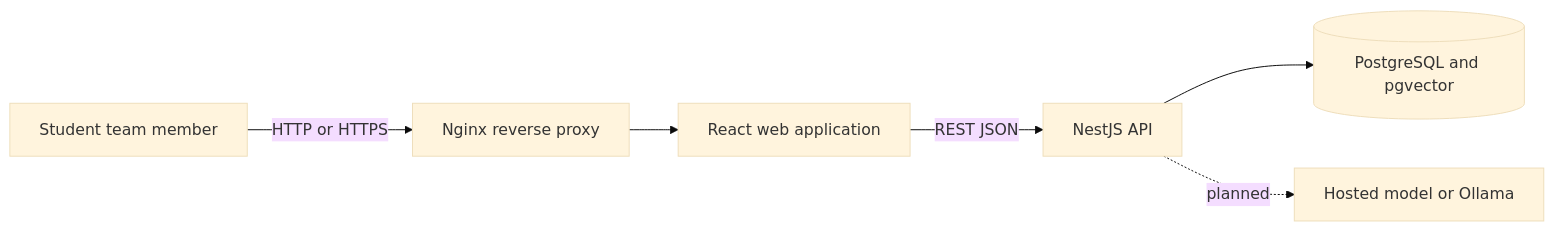
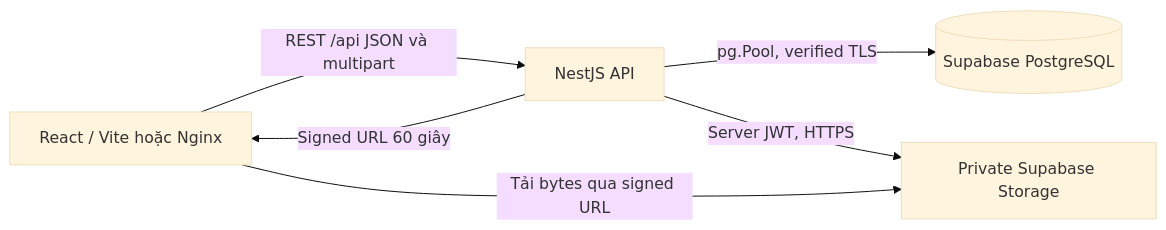
Before and after one commit to franz08hmt/New-Tech: the first of 2 diagrams in docs/architecture.md, drawn with Mermaid (base theme). The commit also changed other lines of this file and 92 other files, not shown here.

````diff
--- a/docs/architecture.md
+++ b/docs/architecture.md
@@ -11,8 +5,8 @@
 ```mermaid
 flowchart LR
-    User[Student team member] -->|HTTP or HTTPS| Proxy[Nginx reverse proxy]
-    Proxy --> Web[React web application]
-    Web -->|REST JSON| API[NestJS API]
-    API --> DB[(PostgreSQL and pgvector)]
-    API -. planned .-> Model[Hosted model or Ollama]
+  Browser[React / Vite hoặc Nginx] -->|REST /api JSON và multipart| API[NestJS API]
+  API -->|pg.Pool, verified TLS| DB[(Supabase PostgreSQL)]
+  API -->|Server JWT, HTTPS| Storage[Private Supabase Storage]
+  API -->|Signed URL 60 giây| Browser
+  Browser -->|Tải bytes qua signed URL| Storage
 ```
````
